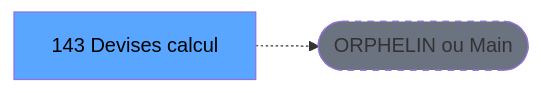
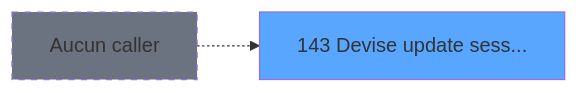
Before and after one commit to thonyAGP/magic-migration: the second of 3 diagrams in .openspec/specs/ADH-IDE-143.md, drawn with Mermaid. The commit also changed other lines of this file and 311 other files, not shown here.

````diff
--- a/.openspec/specs/ADH-IDE-143.md
+++ b/.openspec/specs/ADH-IDE-143.md
@@ -123,8 +160,8 @@
 ```mermaid
 graph LR
-    T[143 Devises calcul ]
-    ORPHAN([ORPHELIN ou Main])
-    T -.-> ORPHAN
-    style T fill:#58a6ff,color:#000
-    style ORPHAN fill:#6b7280,stroke-dasharray: 5 5
+    T143[143 Devise update sess...]
+    style T143 fill:#58a6ff
+    NONE[Aucun caller]
+    NONE -.-> T143
+    style NONE fill:#6b7280,stroke-dasharray: 5 5
 ```
````
